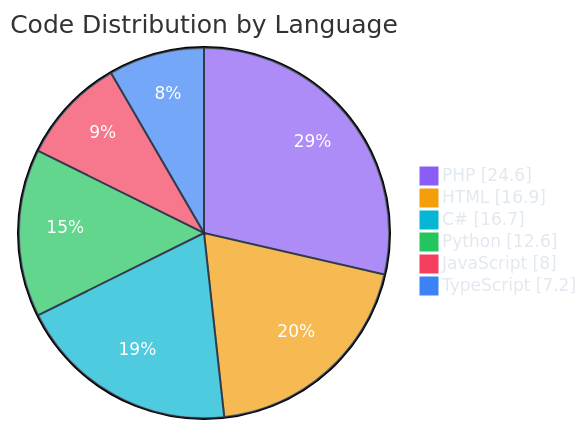
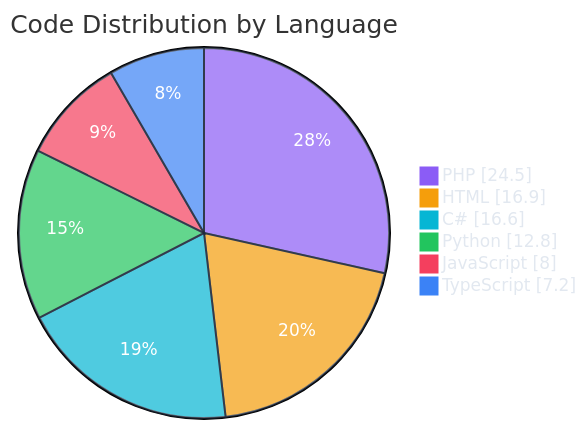
One commit to polo-nyan/polo-nyan changed the second of 7 diagrams in README.md. Above: the diagram before and after it, drawn with Mermaid. The commit also changed other lines of this file and 1 other file, not shown here.

````diff
--- a/README.md
+++ b/README.md
@@ -229,11 +229,11 @@
 ```mermaid
 %%{init: {"theme": "base", "themeVariables": { "pie1": "#8b5cf6", "pie2": "#f59e0b", "pie3": "#06b6d4", "pie4": "#22c55e", "pie5": "#f43f5e", "pie6": "#3b82f6", "pie7": "#ec4899", "pieTextColor": "#ffffff", "pieLegendTextColor": "#e2e8f0", "pieSectionTextColor": "#ffffff", "pieStrokeColor": "#1e293b" }}}%%
 pie showData
     title Code Distribution by Language
-    "PHP" : 24.6
+    "PHP" : 24.5
     "HTML" : 16.9
-    "C#" : 16.7
-    "Python" : 12.6
+    "C#" : 16.6
+    "Python" : 12.8
     "JavaScript" : 8.0
     "TypeScript" : 7.2
 ```
````
